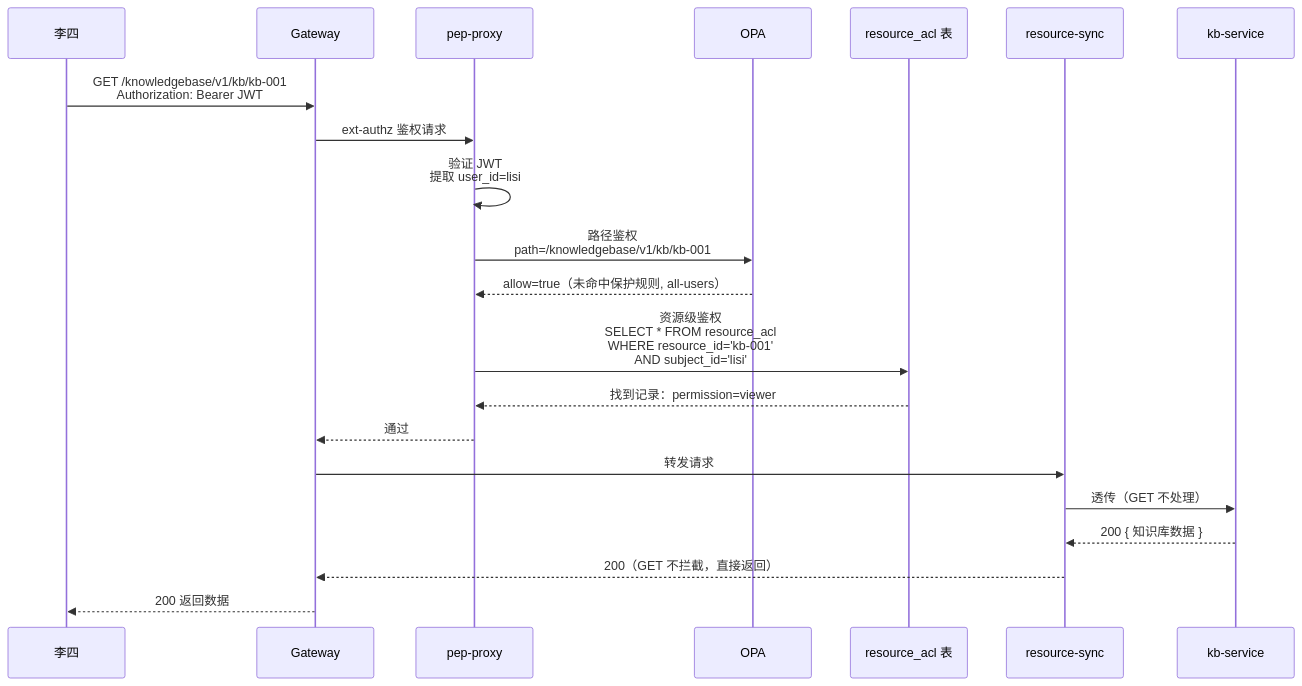
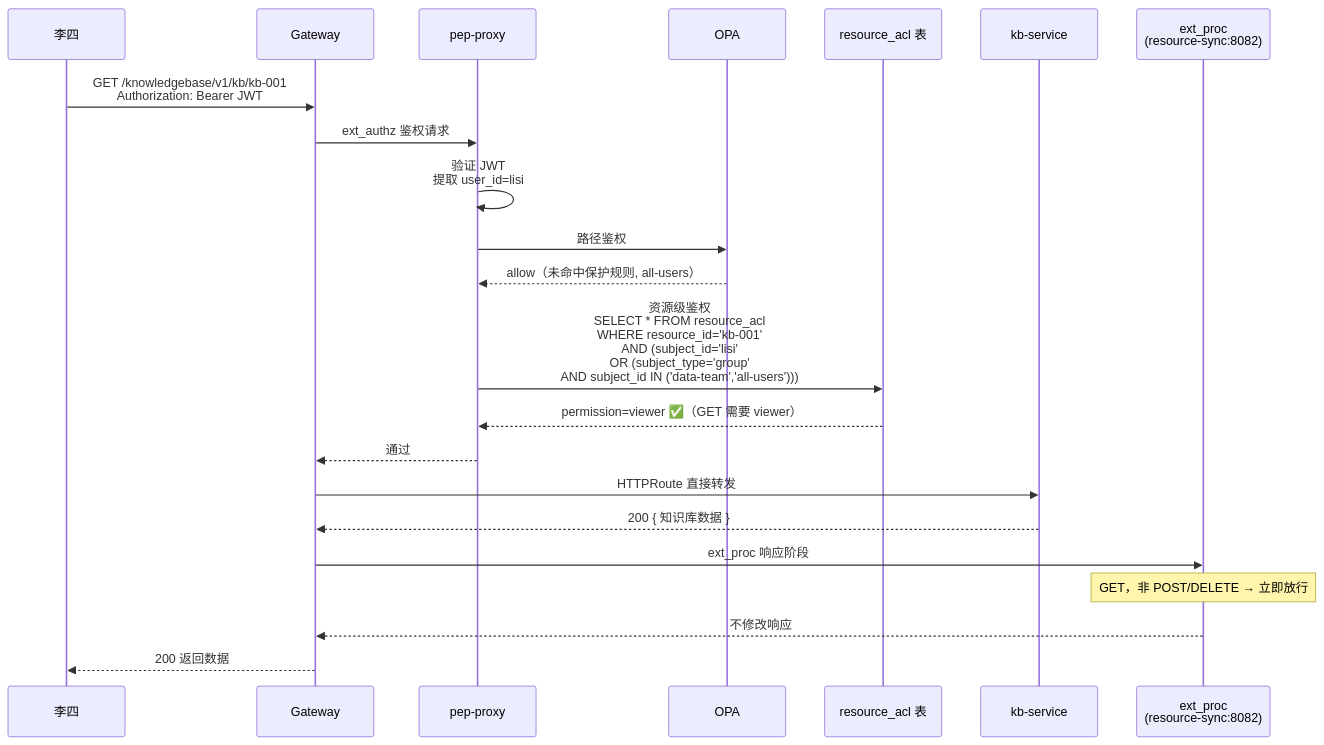
The ninth of 15 diagrams in diagrams/request-flow.md (xiewanchao/aidp-iam), drawn with Mermaid before and after one commit. The commit also changed other lines of this file and 5 other files, not shown here.

````diff
--- a/diagrams/request-flow.md
+++ b/diagrams/request-flow.md
@@ -308,24 +350,25 @@
 ```mermaid
 sequenceDiagram
     participant U as 李四
     participant GW as Gateway
     participant PEP as pep-proxy
     participant OPA as OPA
     participant DB as resource_acl 表
-    participant RS as resource-sync
     participant KB as kb-service
+    participant EP as ext_proc<br/>(resource-sync:8082)
 
     U->>GW: GET /knowledgebase/v1/kb/kb-001<br/>Authorization: Bearer JWT
-    GW->>PEP: ext-authz 鉴权请求
+    GW->>PEP: ext_authz 鉴权请求
     PEP->>PEP: 验证 JWT<br/>提取 user_id=lisi
-    PEP->>OPA: 路径鉴权<br/>path=/knowledgebase/v1/kb/kb-001
-    OPA-->>PEP: allow=true（未命中保护规则, all-users）
-    PEP->>DB: 资源级鉴权<br/>SELECT * FROM resource_acl<br/>WHERE resource_id='kb-001'<br/>AND subject_id='lisi'
-    DB-->>PEP: 找到记录：permission=viewer
+    PEP->>OPA: 路径鉴权
+    OPA-->>PEP: allow（未命中保护规则, all-users）
+    PEP->>DB: 资源级鉴权<br/>SELECT * FROM resource_acl<br/>WHERE resource_id='kb-001'<br/>AND (subject_id='lisi'<br/>OR (subject_type='group'<br/>AND subject_id IN ('data-team','all-users')))
+    DB-->>PEP: permission=viewer ✅（GET 需要 viewer）
     PEP-->>GW: 通过
-    GW->>RS: 转发请求
-    RS->>KB: 透传（GET 不处理）
-    KB-->>RS: 200 { 知识库数据 }
-    RS-->>GW: 200（GET 不拦截，直接返回）
+    GW->>KB: HTTPRoute 直接转发
+    KB-->>GW: 200 { 知识库数据 }
+    GW->>EP: ext_proc 响应阶段
+    Note over EP: GET，非 POST/DELETE → 立即放行
+    EP-->>GW: 不修改响应
     GW-->>U: 200 返回数据
 ```
````
